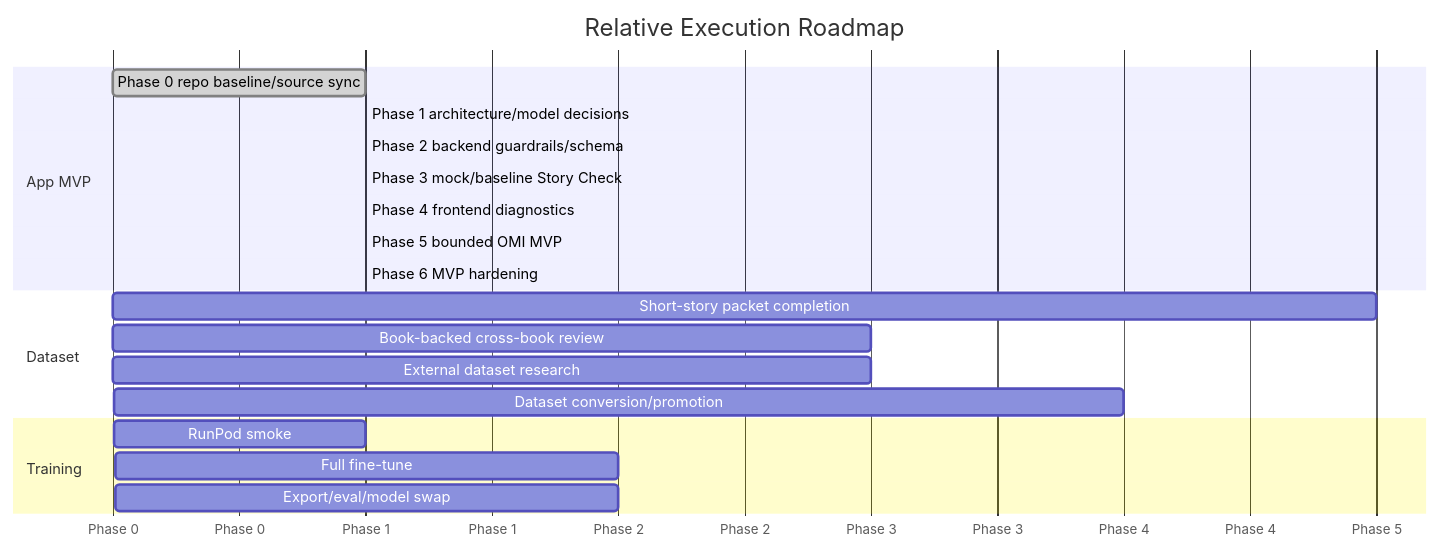
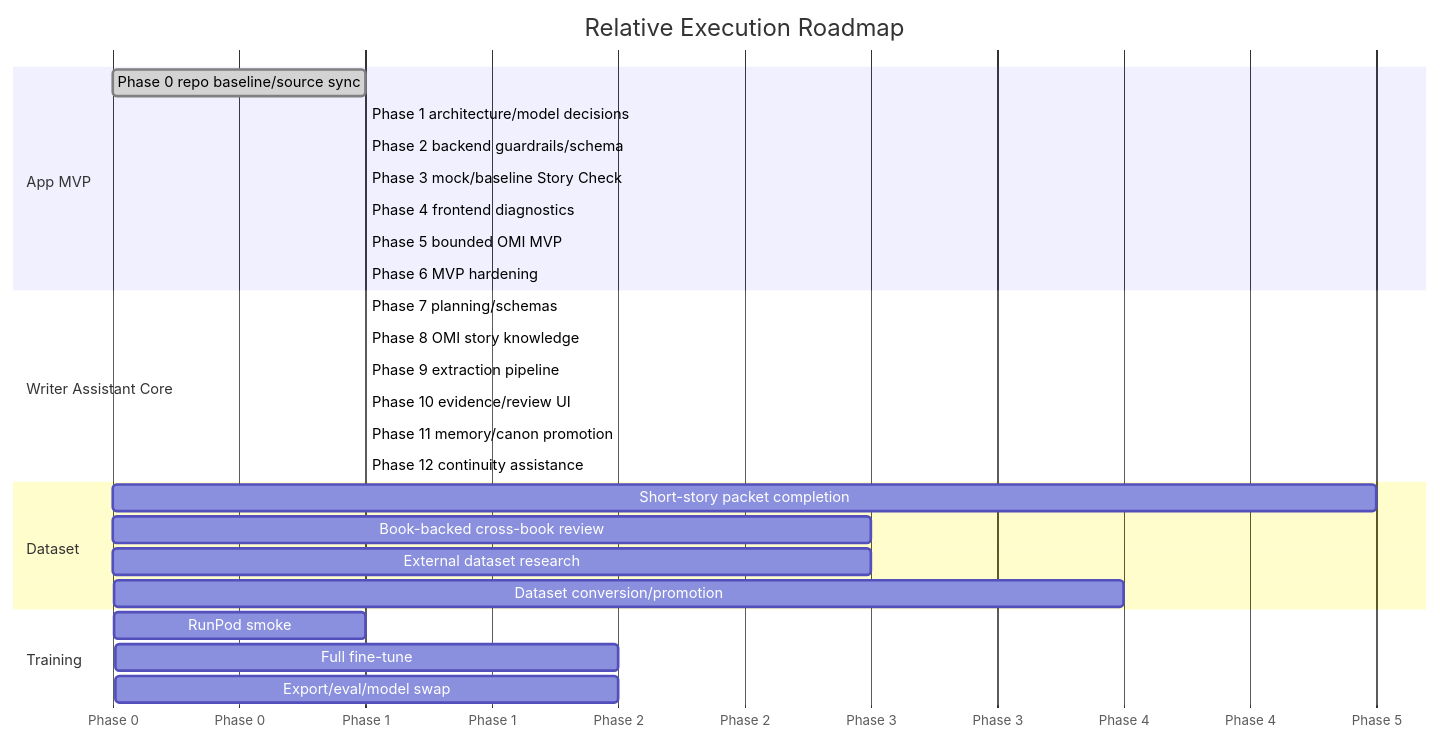
One commit to telesjr90/writingassistant changed the diagram in docs/master_plan.md. Above: the diagram before and after it, drawn with Mermaid. The commit also changed other lines of this file and 16 other files, not shown here.

Commit message:
docs: reprioritize roadmap around writer assistant core

````diff
--- a/docs/master_plan.md
+++ b/docs/master_plan.md
@@ -642,23 +691,30 @@
 ```mermaid
 gantt
     title Relative Execution Roadmap
     dateFormat  X
     axisFormat  Phase %s
     section App MVP
     Phase 0 repo baseline/source sync :done, p0, 0, 1
     Phase 1 architecture/model decisions :p1, after p0, 1
     Phase 2 backend guardrails/schema :p2, after p1, 1
     Phase 3 mock/baseline Story Check :p3, after p2, 1
     Phase 4 frontend diagnostics     :p4, after p3, 1
     Phase 5 bounded OMI MVP          :p5, after p4, 1
     Phase 6 MVP hardening            :p6, after p5, 1
+    section Writer Assistant Core
+    Phase 7 planning/schemas         :core7, after p6, 1
+    Phase 8 OMI story knowledge      :core8, after core7, 1
+    Phase 9 extraction pipeline      :core9, after core8, 1
+    Phase 10 evidence/review UI      :core10, after core9, 1
+    Phase 11 memory/canon promotion  :core11, after core10, 1
+    Phase 12 continuity assistance   :core12, after core11, 1
     section Dataset
     Short-story packet completion    :packets, 1, 5
     Book-backed cross-book review    :books, 2, 3
     External dataset research        :external, 2, 3
     Dataset conversion/promotion     :promotion, 4, 4
     section Training
     RunPod smoke                     :smoke, 7, 1
     Full fine-tune                   :train, 8, 2
     Export/eval/model swap           :deploy, 10, 2
 ```
````
